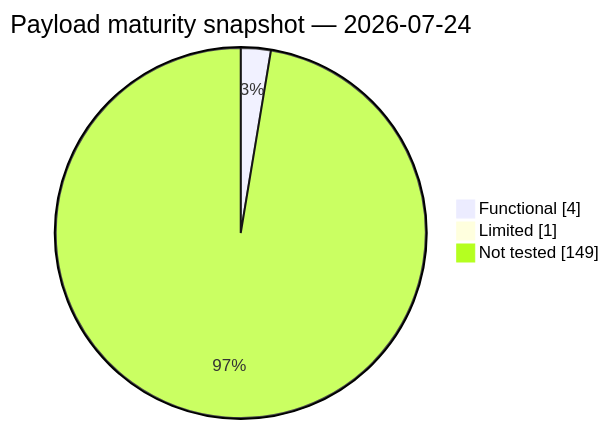
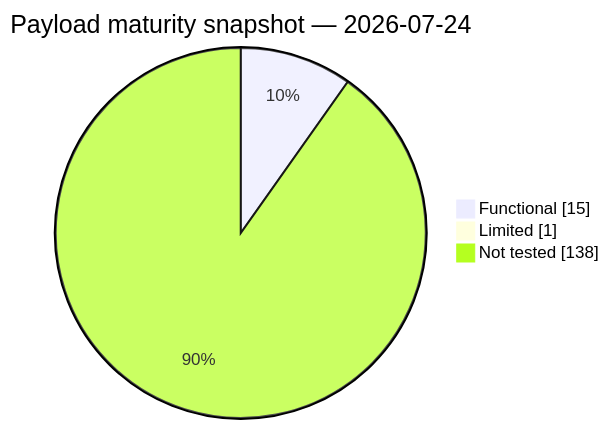
One commit to kanedasec/citypop changed the second of 2 diagrams in docs/ROADMAP.md. Above: the diagram before and after it, drawn with Mermaid. The commit also changed other lines of this file and 3 other files, not shown here.

````diff
--- a/docs/ROADMAP.md
+++ b/docs/ROADMAP.md
@@ -71,7 +71,7 @@
 ```mermaid
 pie showData
     title Payload maturity snapshot — 2026-07-24
-    "Functional" : 4
+    "Functional" : 15
     "Limited" : 1
-    "Not tested" : 149
+    "Not tested" : 138
 ```
````
